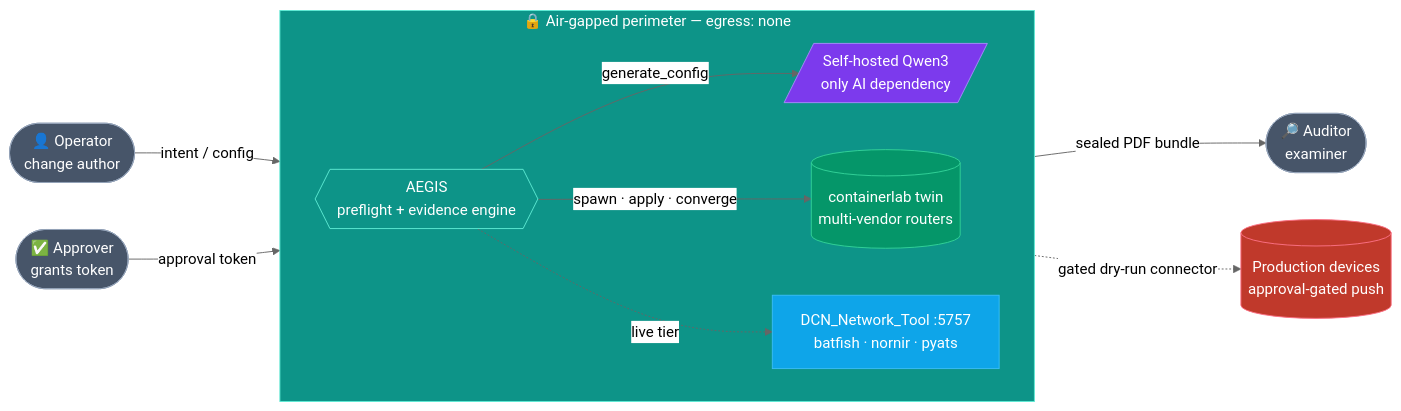
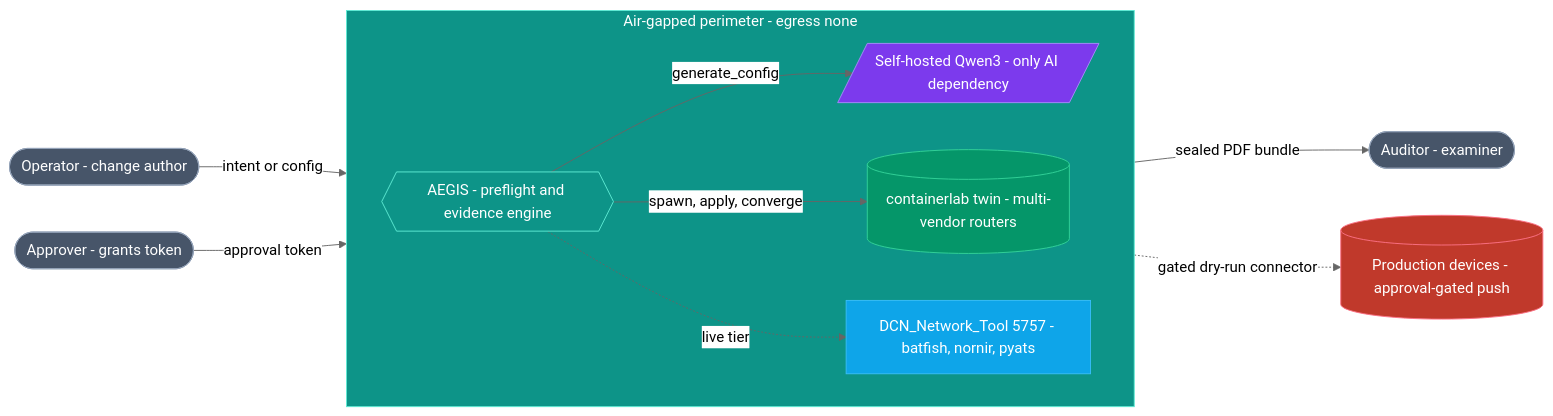
One commit to gesh75/aegis changed the diagram in README.md. Above: the diagram before and after it, drawn with Mermaid (neutral theme). The commit also changed 1 other file, not shown here.

Commit message:
docs: harden mermaid diagrams for reliable GitHub rendering

````diff
--- a/README.md
+++ b/README.md
@@ -60,32 +60,32 @@
 ```mermaid
 flowchart LR
-    OP([👤 Operator<br/>change author]):::actor
-    APP([✅ Approver<br/>grants token]):::actor
-    AUD([🔎 Auditor<br/>examiner]):::actor
+    OP([Operator - change author]):::actor
+    APP([Approver - grants token]):::actor
+    AUD([Auditor - examiner]):::actor
 
-    subgraph PERIM["🔒 Air-gapped perimeter — egress: none"]
+    subgraph PERIM["Air-gapped perimeter - egress none"]
         direction LR
-        AEGIS{{AEGIS<br/>preflight + evidence engine}}:::core
-        QWEN[/Self-hosted Qwen3<br/>only AI dependency/]:::ai
-        TWIN[(containerlab twin<br/>multi-vendor routers)]:::twin
-        DCN[DCN_Network_Tool :5757<br/>batfish · nornir · pyats]:::svc
+        AEGIS{{"AEGIS - preflight and evidence engine"}}:::core
+        QWEN[/"Self-hosted Qwen3 - only AI dependency"/]:::ai
+        TWIN[("containerlab twin - multi-vendor routers")]:::twin
+        DCN["DCN_Network_Tool 5757 - batfish, nornir, pyats"]:::svc
     end
 
-    PROD[(Production devices<br/>approval-gated push)]:::prod
+    PROD[("Production devices - approval-gated push")]:::prod
 
-    OP -->|intent / config| AEGIS
+    OP -->|"intent or config"| AEGIS
     APP -->|approval token| AEGIS
     AEGIS -->|generate_config| QWEN
-    AEGIS -->|spawn · apply · converge| TWIN
+    AEGIS -->|"spawn, apply, converge"| TWIN
     AEGIS -.->|live tier| DCN
     AEGIS -->|sealed PDF bundle| AUD
     AEGIS -.->|gated dry-run connector| PROD
 
     classDef actor fill:#475569,stroke:#94a3b8,color:#fff
     classDef core fill:#0d9488,stroke:#5eead4,color:#fff
     classDef ai fill:#7c3aed,stroke:#a78bfa,color:#fff
     classDef twin fill:#059669,stroke:#34d399,color:#fff
     classDef svc fill:#0ea5e9,stroke:#38bdf8,color:#fff
     classDef prod fill:#c0392b,stroke:#fb7185,color:#fff
     class PERIM core
 ```
````
